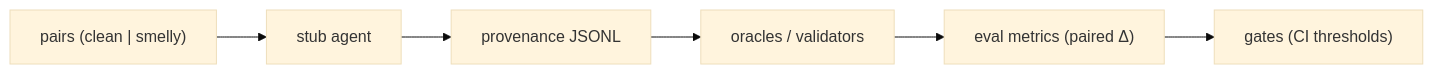
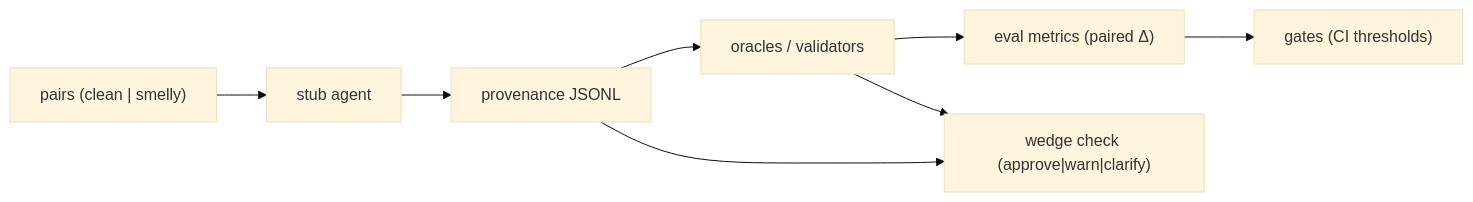
One commit to danteacosta/agent-smell-degradation-harness changed the diagram in README.md. Above: the diagram before and after it, drawn with Mermaid (base theme). The commit also changed other lines of this file and 25 other files, not shown here.

First line of the commit message:
feat: ship wedge-first reliability check and thesis infrastructure

````diff
--- a/README.md
+++ b/README.md
@@ -9,11 +26,14 @@
 ```mermaid
 flowchart LR
   pairs["pairs (clean | smelly)"]
   agent["stub agent"]
   prov["provenance JSONL"]
   oracle["oracles / validators"]
   eval["eval metrics (paired Δ)"]
   gate["gates (CI thresholds)"]
+  wedge["wedge check (approve|warn|clarify)"]
 
   pairs --> agent --> prov --> oracle --> eval --> gate
+  prov --> wedge
+  oracle --> wedge
 ```
````
